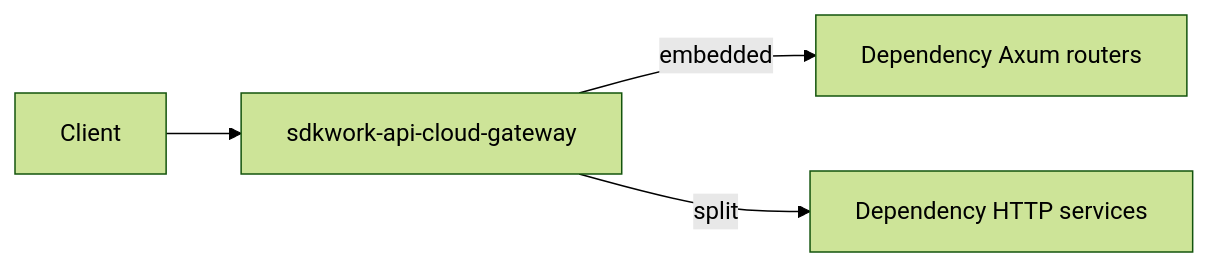
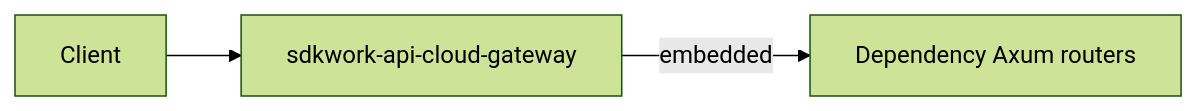
Before and after one commit to sdkwork-ai/sdkwork-api-cloud-gateway: the diagram in docs/architecture/tech/TECH_ARCHITECTURE.md, drawn with Mermaid (forest theme). The commit also changed other lines of this file and 48 other files, not shown here.

````diff
--- a/docs/architecture/tech/TECH_ARCHITECTURE.md
+++ b/docs/architecture/tech/TECH_ARCHITECTURE.md
@@ -126,6 +126,5 @@
 ```mermaid
 flowchart LR
   Client --> Gateway["sdkwork-api-cloud-gateway"]
   Gateway -->|embedded| Embedded["Dependency Axum routers"]
-  Gateway -->|split| Upstream["Dependency HTTP services"]
 ```
````
